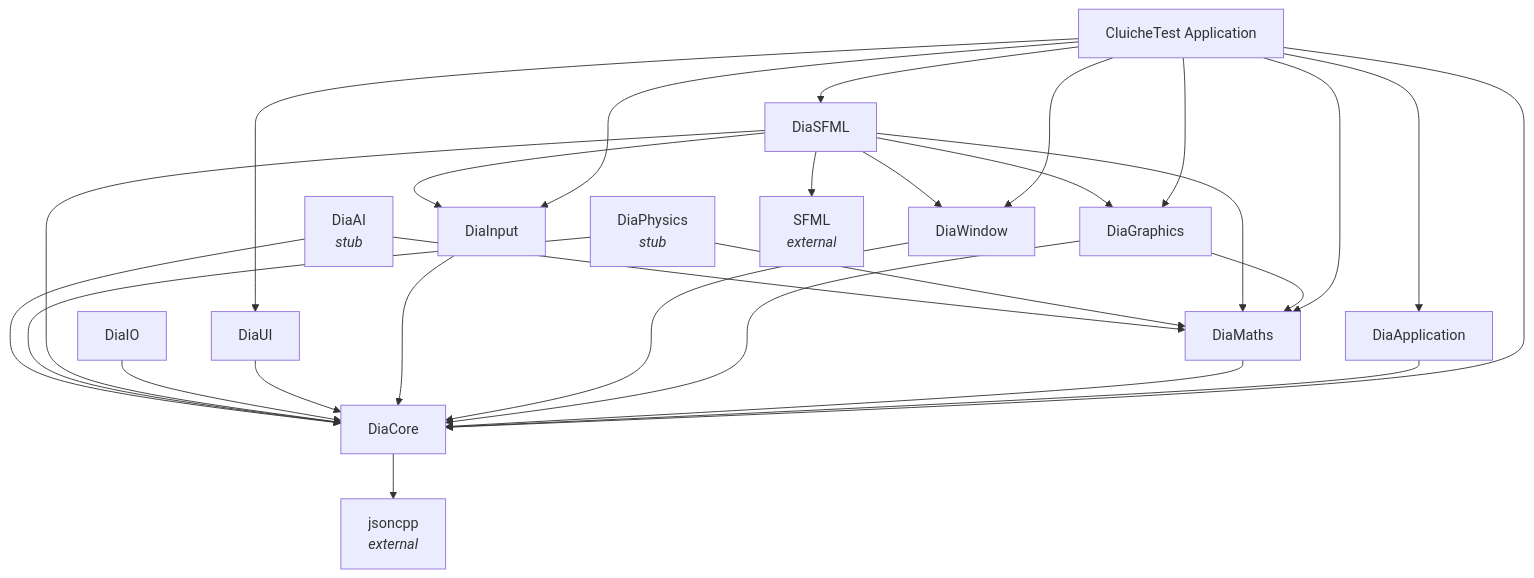
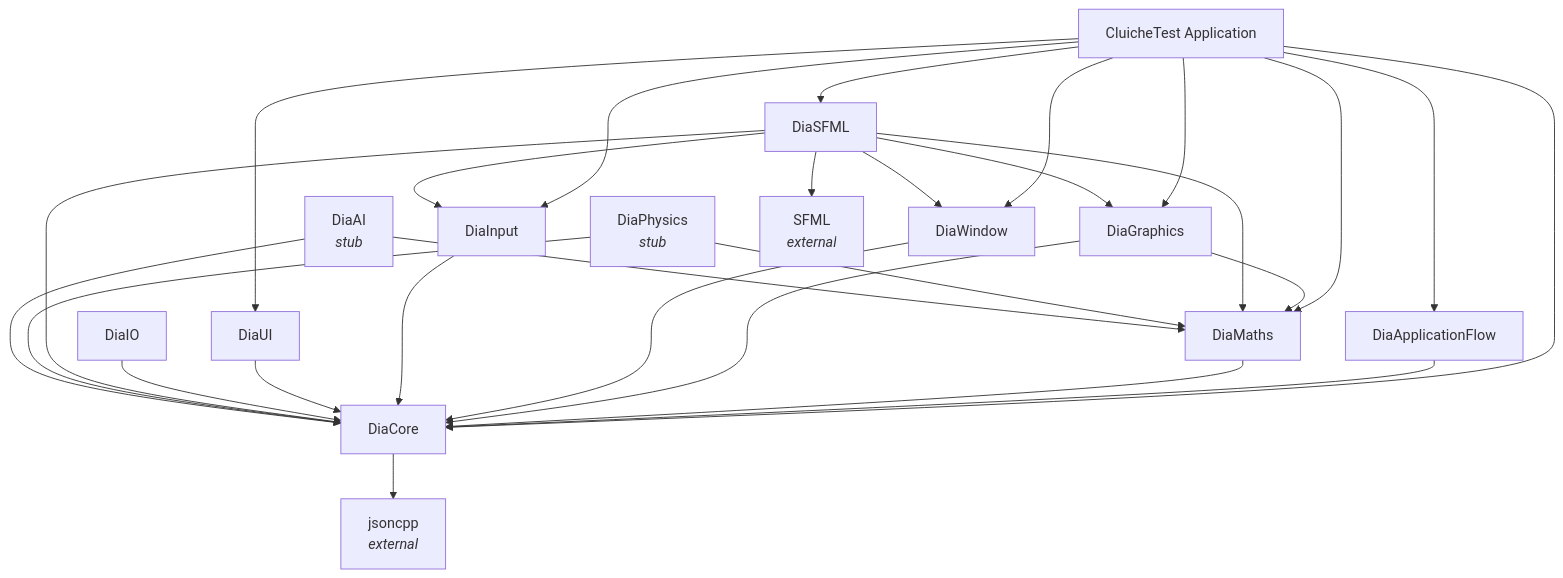
The diagram in docs/reference/ai-guides/dependency-graph.md (LenihanConor/Cluiche), drawn with Mermaid before and after one commit. The commit also changed other lines of this file and 343 other files, not shown here.

First line of the commit message:
Rename DiaApplication → DiaApplicationFlow and add v2 application flow

````diff
--- a/docs/reference/ai-guides/dependency-graph.md
+++ b/docs/reference/ai-guides/dependency-graph.md
@@ -148,70 +148,70 @@
 ```mermaid
 graph TD
     %% Application Layer
     Cluiche[CluicheTest Application]
     
     %% Dia Framework
-    DiaApp[DiaApplication]
+    DiaApp[DiaApplicationFlow]
     
     %% Dia Core
     DiaCore[DiaCore]
     
     %% Dia Platform Abstractions
     DiaMaths[DiaMaths]
     DiaGraphics[DiaGraphics]
     DiaWindow[DiaWindow]
     DiaInput[DiaInput]
     DiaUI[DiaUI]
     DiaIO[DiaIO]
     
     %% Dia Backend
     DiaSFML[DiaSFML]
     
     %% Dia Specialized (Stubs)
     DiaPhysics[DiaPhysics<br/><i>stub</i>]
     DiaAI[DiaAI<br/><i>stub</i>]
     
     %% External
     SFML[SFML<br/><i>external</i>]
     JsonCpp[jsoncpp<br/><i>external</i>]
     
     %% Application dependencies
     Cluiche --> DiaApp
     Cluiche --> DiaCore
     Cluiche --> DiaMaths
     Cluiche --> DiaGraphics
     Cluiche --> DiaWindow
     Cluiche --> DiaInput
     Cluiche --> DiaUI
     Cluiche --> DiaSFML
     
     %% Framework dependencies
     DiaApp --> DiaCore
     
     %% Platform abstraction dependencies
     DiaMaths --> DiaCore
     DiaGraphics --> DiaCore
     DiaGraphics --> DiaMaths
     DiaWindow --> DiaCore
     DiaInput --> DiaCore
     DiaUI --> DiaCore
     DiaIO --> DiaCore
     
     %% Backend dependencies
     DiaSFML --> SFML
     DiaSFML --> DiaCore
     DiaSFML --> DiaMaths
     DiaSFML --> DiaGraphics
     DiaSFML --> DiaWindow
     DiaSFML --> DiaInput
     
     %% Specialized dependencies
     DiaPhysics --> DiaCore
     DiaPhysics --> DiaMaths
     
     DiaAI --> DiaCore
     DiaAI --> DiaMaths
     
     %% Core dependencies
     DiaCore --> JsonCpp
 ```
````
